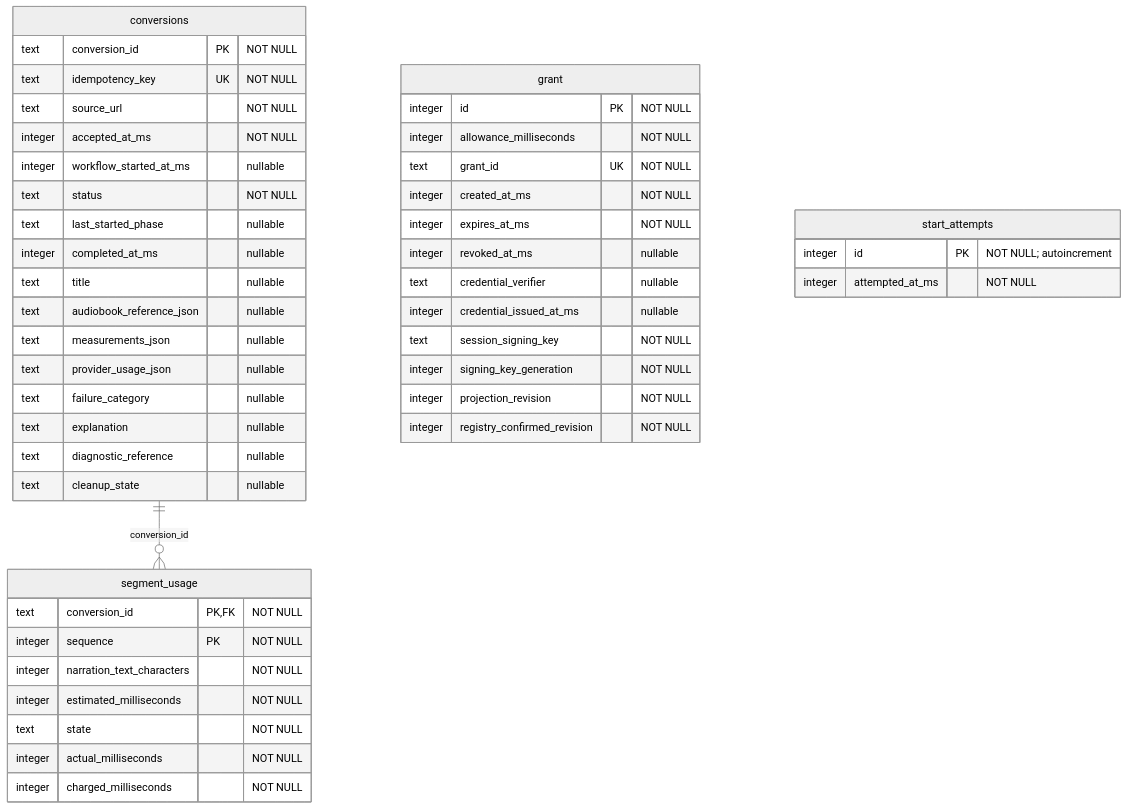
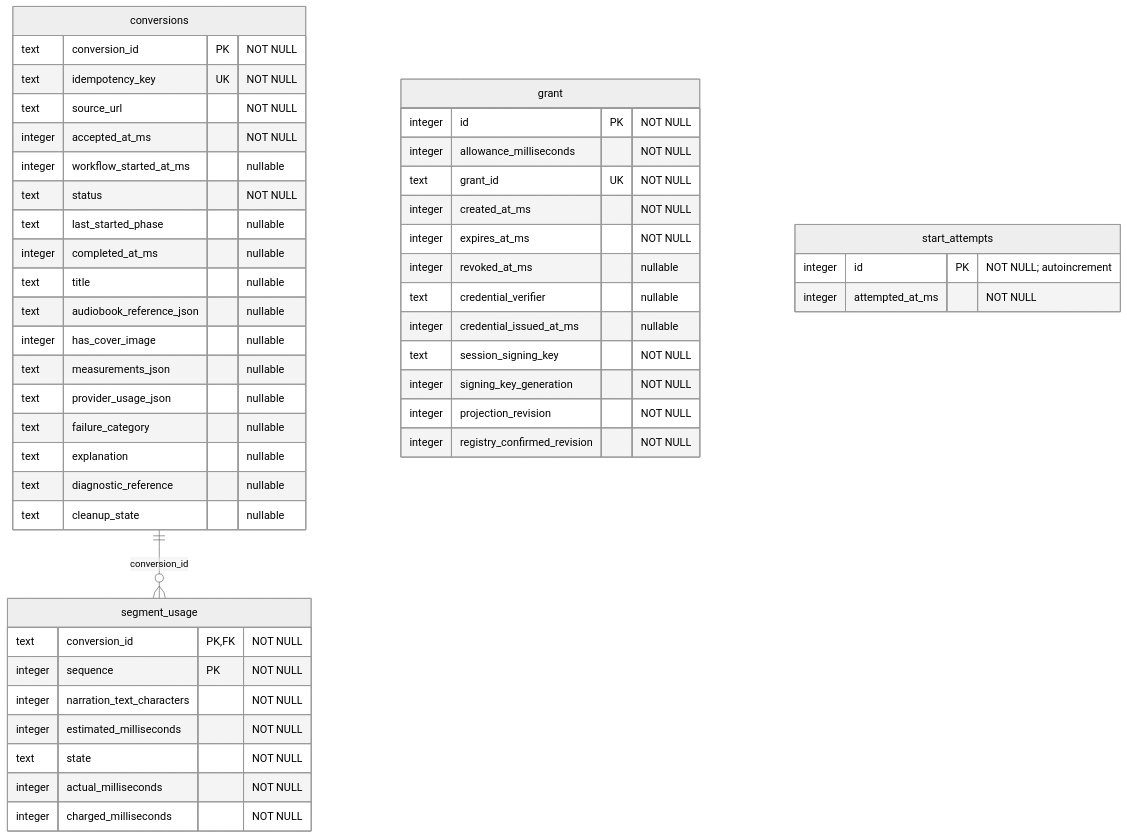
Before and after one commit to patricktree/cup: the second of 4 diagrams in docs/architecture/durable-object-storage.md, drawn with Mermaid (neutral theme). The commit also changed 41 other files, not shown here.

First line of the commit message:
feat(conversion)!: keep the cover image a source page declares (#5)

````diff
--- a/docs/architecture/durable-object-storage.md
+++ b/docs/architecture/durable-object-storage.md
@@ -137,49 +137,50 @@
 ```mermaid
 erDiagram
     conversions {
         text conversion_id PK "NOT NULL"
         text idempotency_key UK "NOT NULL"
         text source_url "NOT NULL"
         integer accepted_at_ms "NOT NULL"
         integer workflow_started_at_ms "nullable"
         text status "NOT NULL"
         text last_started_phase "nullable"
         integer completed_at_ms "nullable"
         text title "nullable"
         text audiobook_reference_json "nullable"
+        integer has_cover_image "nullable"
         text measurements_json "nullable"
         text provider_usage_json "nullable"
         text failure_category "nullable"
         text explanation "nullable"
         text diagnostic_reference "nullable"
         text cleanup_state "nullable"
     }
     grant {
         integer id PK "NOT NULL"
         integer allowance_milliseconds "NOT NULL"
         text grant_id UK "NOT NULL"
         integer created_at_ms "NOT NULL"
         integer expires_at_ms "NOT NULL"
         integer revoked_at_ms "nullable"
         text credential_verifier "nullable"
         integer credential_issued_at_ms "nullable"
         text session_signing_key "NOT NULL"
         integer signing_key_generation "NOT NULL"
         integer projection_revision "NOT NULL"
         integer registry_confirmed_revision "NOT NULL"
     }
     segment_usage {
         text conversion_id PK, FK "NOT NULL"
         integer sequence PK "NOT NULL"
         integer narration_text_characters "NOT NULL"
         integer estimated_milliseconds "NOT NULL"
         text state "NOT NULL"
         integer actual_milliseconds "NOT NULL"
         integer charged_milliseconds "NOT NULL"
     }
     start_attempts {
         integer id PK "NOT NULL; autoincrement"
         integer attempted_at_ms "NOT NULL"
     }
     conversions ||--o{ segment_usage : "conversion_id"
 ```
````
